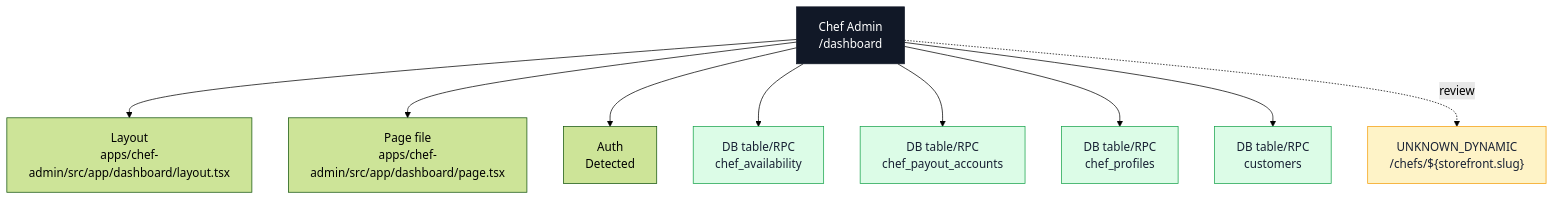
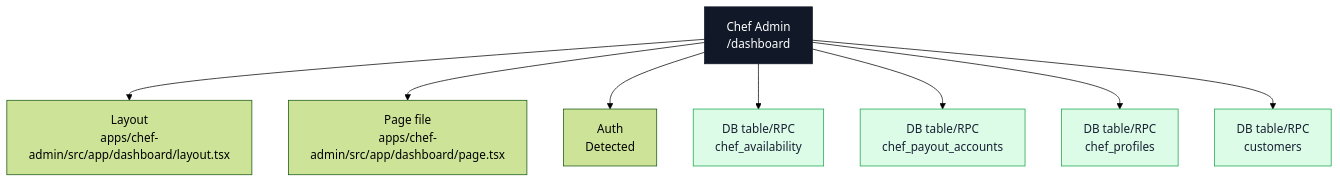
One commit to Ritenoob/ridendine-marketplace changed the ninth of 17 diagrams in docs/architecture/codebase-map/pages/chef-admin-pages.md. Above: the diagram before and after it, drawn with Mermaid (forest theme). The commit also changed other lines of this file and 53 other files, not shown here.

````diff
--- a/docs/architecture/codebase-map/pages/chef-admin-pages.md
+++ b/docs/architecture/codebase-map/pages/chef-admin-pages.md
@@ -529,27 +594,24 @@
 ```mermaid
 flowchart TB
   Page["Chef Admin<br/>/dashboard"]
   Layout["Layout<br/>apps/chef-admin/src/app/dashboard/layout.tsx"]
   File["Page file<br/>apps/chef-admin/src/app/dashboard/page.tsx"]
   Auth["Auth<br/>Detected"]
   Page --> Layout
   Page --> File
   Page --> Auth
   Table0["DB table/RPC<br/>chef_availability"]
   Page --> Table0
   Table1["DB table/RPC<br/>chef_payout_accounts"]
   Page --> Table1
   Table2["DB table/RPC<br/>chef_profiles"]
   Page --> Table2
   Table3["DB table/RPC<br/>customers"]
   Page --> Table3
-  Gap0["UNKNOWN_DYNAMIC<br/>/chefs/${storefront.slug}"]
-  Page -. review .-> Gap0
   classDef page fill:#111827,stroke:#111827,color:#ffffff
   classDef data fill:#dcfce7,stroke:#16a34a,color:#172033
   classDef api fill:#dbeafe,stroke:#2563eb,color:#172033
   classDef warn fill:#fef3c7,stroke:#f59e0b,color:#172033
   class Page page
   class Table0,Table1,Table2,Table3 data
-  class Gap0 warn
 ```
````
